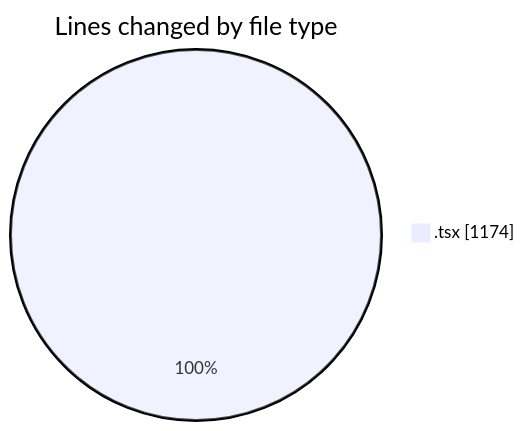
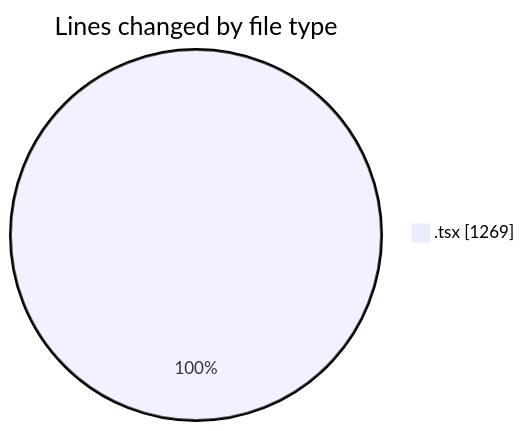
Before and after one commit to JenPaints/code-tracking: the first of 2 diagrams in 2025-05-28/kimberly-groups/README.md, drawn with Mermaid. The commit also changed other lines of this file and 1 other file, not shown here.

````diff
--- a/2025-05-28/kimberly-groups/README.md
+++ b/2025-05-28/kimberly-groups/README.md
@@ -27,5 +27,5 @@
 ```mermaid
 pie showData
 title Lines changed by file type
-".tsx" : 1174
+".tsx" : 1269
 ```
````
